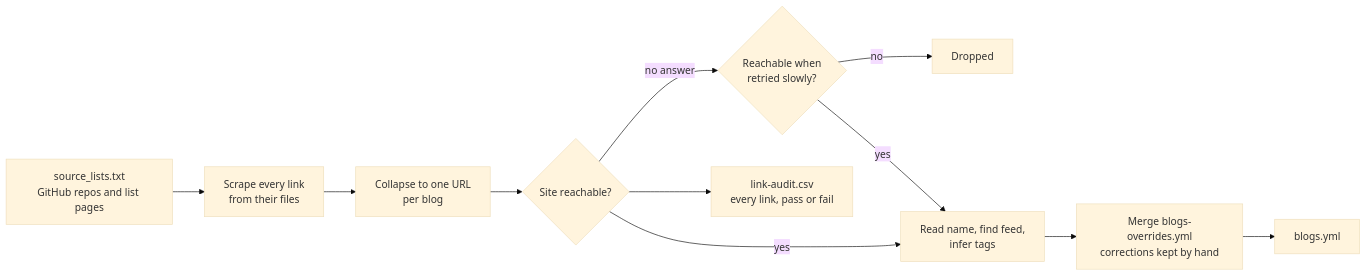
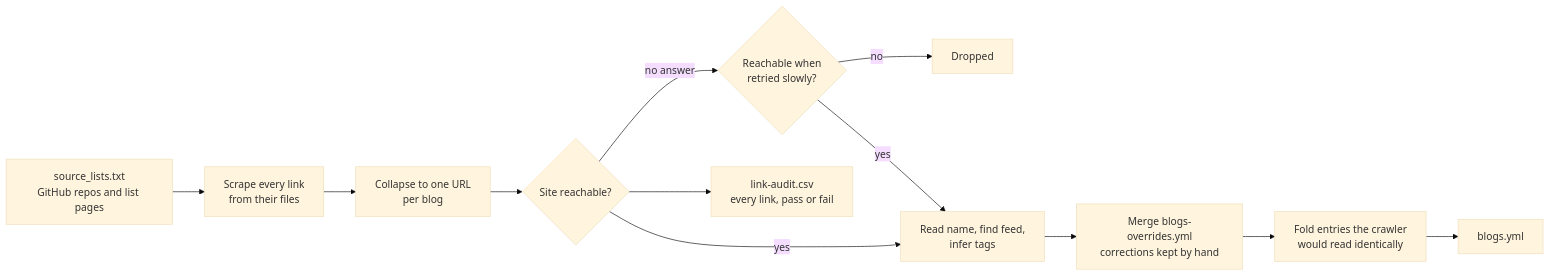
Before and after one commit to GitPaulo/blogme: the second of 3 diagrams in sources/README.md, drawn with Mermaid (base theme). The commit also changed other lines of this file and 5 other files, not shown here.

````diff
--- a/sources/README.md
+++ b/sources/README.md
@@ -128,13 +129,14 @@
 ```mermaid
 flowchart LR
     A[source_lists.txt<br/>GitHub repos and list pages] --> B[Scrape every link<br/>from their files]
     B --> C[Collapse to one URL<br/>per blog]
     C --> D{Site reachable?}
     D -->|no answer| RETRY{Reachable when<br/>retried slowly?}
     RETRY -->|no| X[Dropped]
     RETRY -->|yes| E
     D -->|yes| E[Read name, find feed,<br/>infer tags]
     E --> O[Merge blogs-overrides.yml<br/>corrections kept by hand]
-    O --> F[blogs.yml]
+    O --> M[Fold entries the crawler<br/>would read identically]
+    M --> F[blogs.yml]
     D --> G[link-audit.csv<br/>every link, pass or fail]
 ```
````
